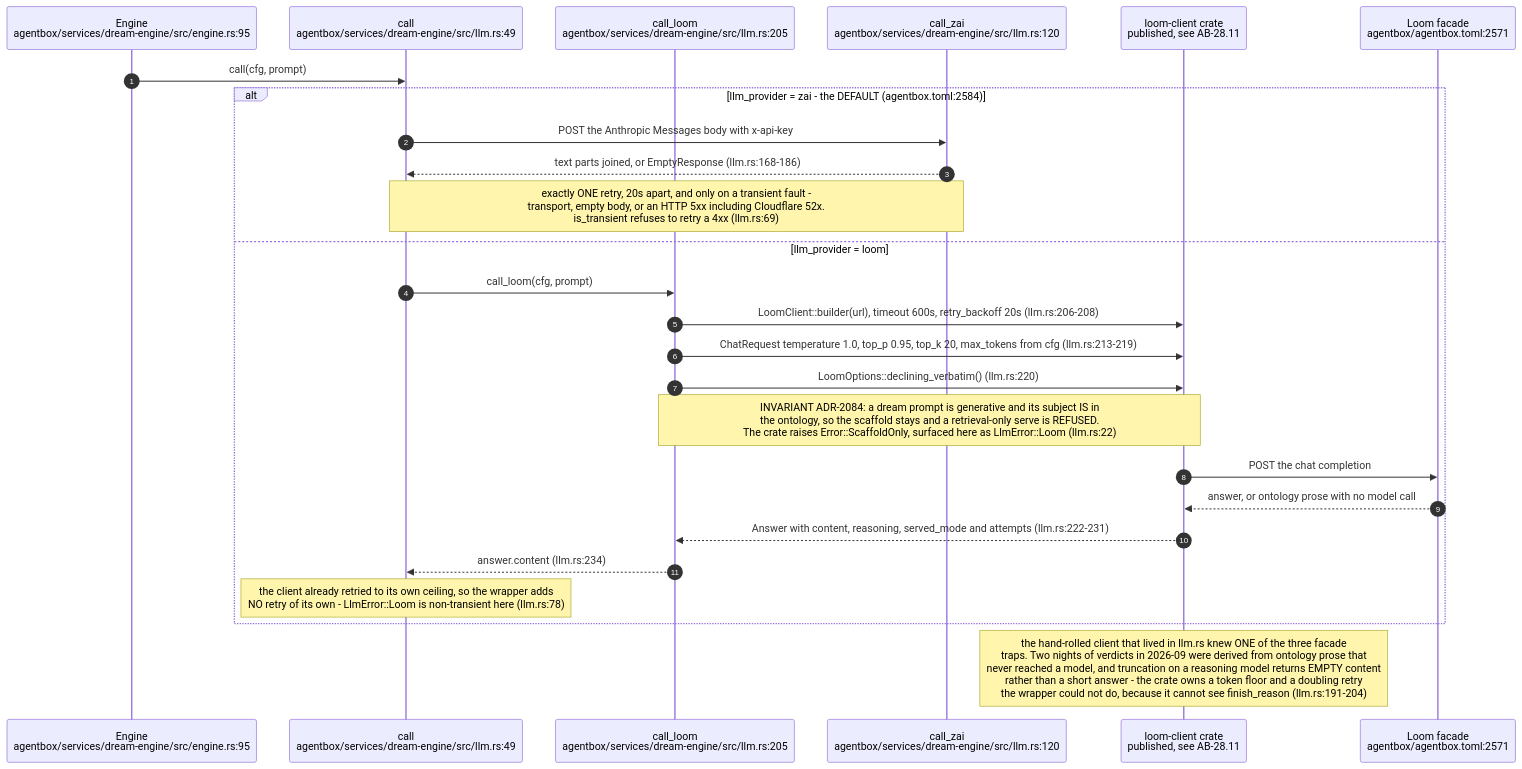
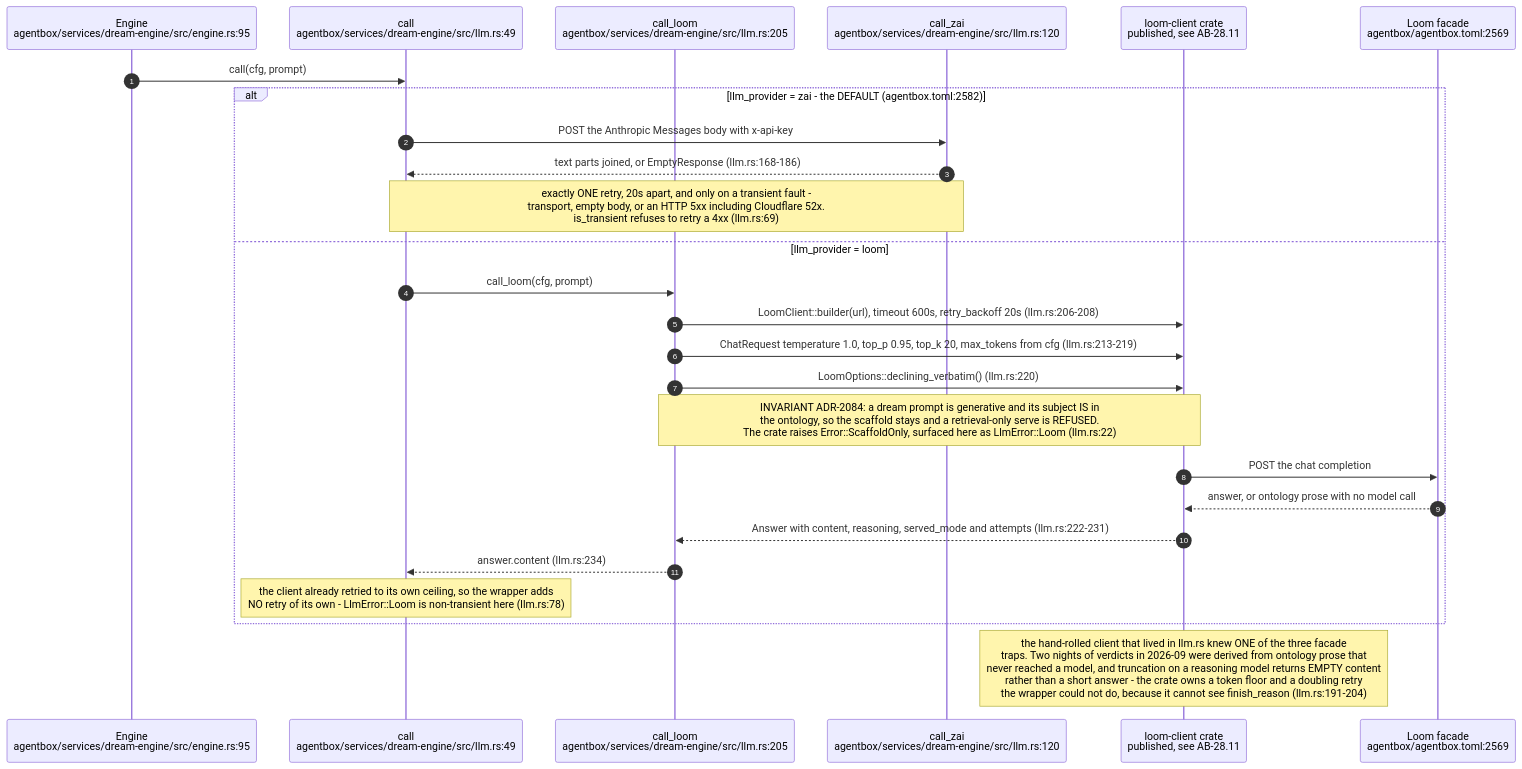
Before and after one commit to DreamLab-AI/VisionFlow: diagram 15 of 22 in docs/diagrams/agentbox/23-dream-engine.md, drawn with Mermaid. The commit also changed other lines of this file and 145 other files, not shown here.

````diff
--- a/docs/diagrams/agentbox/23-dream-engine.md
+++ b/docs/diagrams/agentbox/23-dream-engine.md
@@ -799,29 +801,29 @@
 ```mermaid
 sequenceDiagram
     autonumber
     participant ENG as Engine<br/>agentbox/services/dream-engine/src/engine.rs:95
     participant CALL as call<br/>agentbox/services/dream-engine/src/llm.rs:49
     participant LOOM as call_loom<br/>agentbox/services/dream-engine/src/llm.rs:205
     participant ZAI as call_zai<br/>agentbox/services/dream-engine/src/llm.rs:120
     participant CRATE as loom-client crate<br/>published, see AB-28.11
-    participant F as Loom facade<br/>agentbox/agentbox.toml:2571
+    participant F as Loom facade<br/>agentbox/agentbox.toml:2569
 
     ENG->>CALL: call(cfg, prompt)
-    alt llm_provider = zai - the DEFAULT (agentbox.toml:2584)
+    alt llm_provider = zai - the DEFAULT (agentbox.toml:2582)
         CALL->>ZAI: POST the Anthropic Messages body with x-api-key
         ZAI-->>CALL: text parts joined, or EmptyResponse (llm.rs:168-186)
         Note over CALL,ZAI: exactly ONE retry, 20s apart, and only on a transient fault -<br/>transport, empty body, or an HTTP 5xx including Cloudflare 52x.<br/>is_transient refuses to retry a 4xx (llm.rs:69)
     else llm_provider = loom
         CALL->>LOOM: call_loom(cfg, prompt)
         LOOM->>CRATE: LoomClient::builder(url), timeout 600s, retry_backoff 20s (llm.rs:206-208)
         LOOM->>CRATE: ChatRequest temperature 1.0, top_p 0.95, top_k 20, max_tokens from cfg (llm.rs:213-219)
         LOOM->>CRATE: LoomOptions::declining_verbatim() (llm.rs:220)
         Note over LOOM,CRATE: INVARIANT ADR-2084: a dream prompt is generative and its subject IS in<br/>the ontology, so the scaffold stays and a retrieval-only serve is REFUSED.<br/>The crate raises Error::ScaffoldOnly, surfaced here as LlmError::Loom (llm.rs:22)
         CRATE->>F: POST the chat completion
         F-->>CRATE: answer, or ontology prose with no model call
         CRATE-->>LOOM: Answer with content, reasoning, served_mode and attempts (llm.rs:222-231)
         LOOM-->>CALL: answer.content (llm.rs:234)
         Note over CALL: the client already retried to its own ceiling, so the wrapper adds<br/>NO retry of its own - LlmError::Loom is non-transient here (llm.rs:78)
     end
     Note over CRATE: the hand-rolled client that lived in llm.rs knew ONE of the three facade<br/>traps. Two nights of verdicts in 2026-09 were derived from ontology prose that<br/>never reached a model, and truncation on a reasoning model returns EMPTY content<br/>rather than a short answer - the crate owns a token floor and a doubling retry<br/>the wrapper could not do, because it cannot see finish_reason (llm.rs:191-204)
 ```
````
